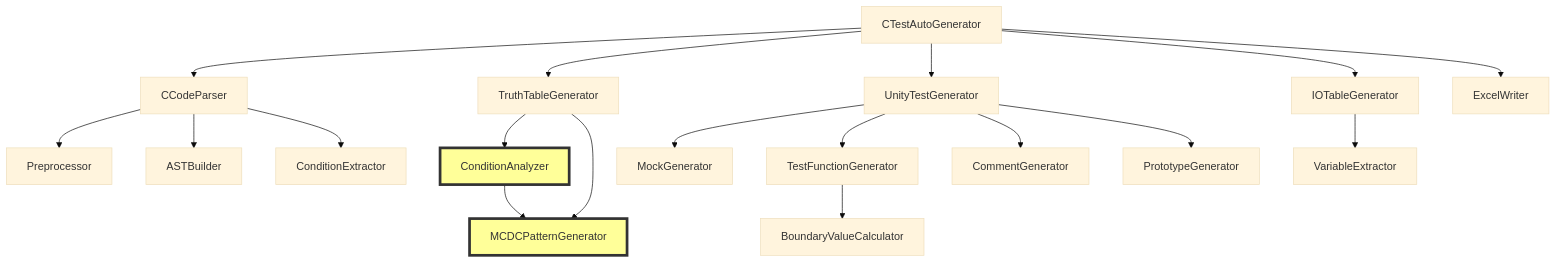
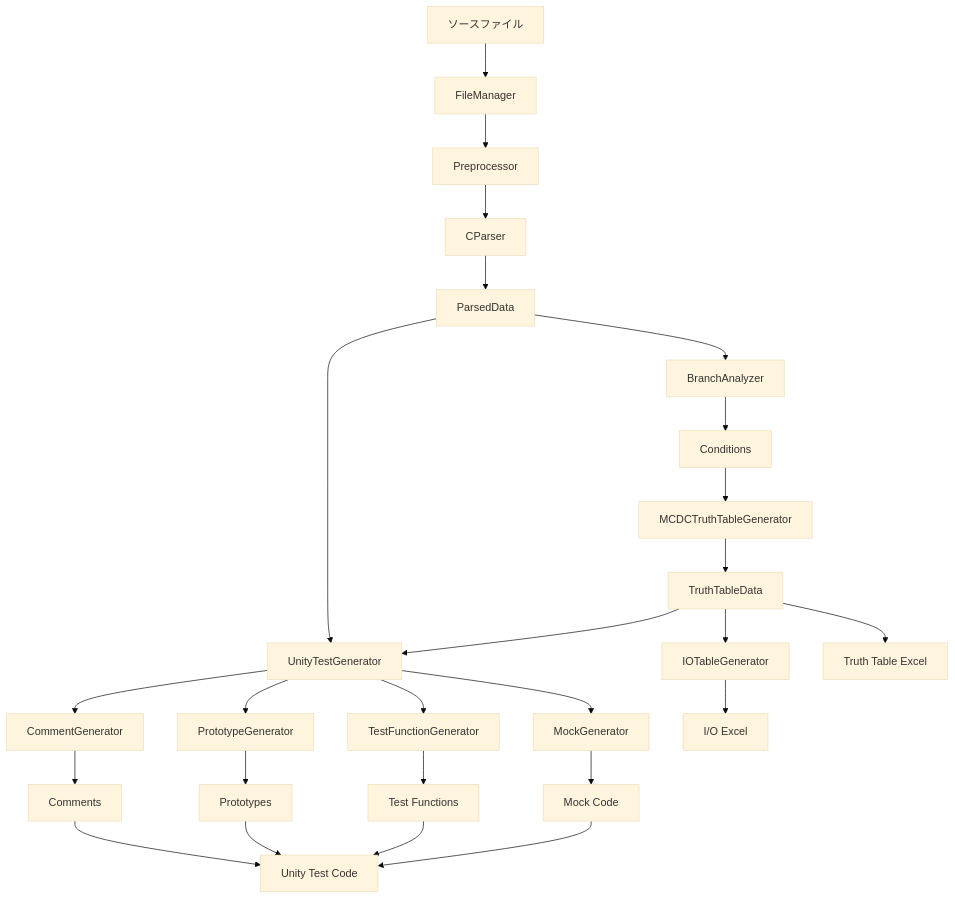
One commit to ryu5791/AutoUniTestGen changed the second of 2 diagrams in doc/design_class_diagram.md. Above: the diagram before and after it, drawn with Mermaid (base theme). The commit also changed other lines of this file and 4 other files, not shown here.

````diff
--- a/doc/design_class_diagram.md
+++ b/doc/design_class_diagram.md
@@ -462,29 +458,36 @@
 ```mermaid
-graph TD
-    A[CTestAutoGenerator] --> B[CCodeParser]
-    A --> C[TruthTableGenerator]
-    A --> D[UnityTestGenerator]
-    A --> E[IOTableGenerator]
-    A --> F[ExcelWriter]
+flowchart TD
+    A[ソースファイル] --> B[FileManager]
+    B --> C[Preprocessor]
+    C --> D[CParser]
+    D --> E[ParsedData]
     
-    B --> G[Preprocessor]
-    B --> H[ASTBuilder]
-    B --> I[ConditionExtractor]
+    E --> F[BranchAnalyzer]
+    F --> G[Conditions]
     
-    C --> J[ConditionAnalyzer]
-    C --> K[MCDCPatternGenerator]
+    G --> H[MCDCTruthTableGenerator]
+    H --> I[TruthTableData]
     
-    J --> K
+    I --> J[UnityTestGenerator]
+    E --> J
     
-    D --> L[MockGenerator]
-    D --> M[TestFunctionGenerator]
-    D --> N[CommentGenerator]
-    D --> O[PrototypeGenerator]
+    J --> K[MockGenerator]
+    J --> L[TestFunctionGenerator]
+    J --> M[PrototypeGenerator]
+    J --> N[CommentGenerator]
     
-    M --> P[BoundaryValueCalculator]
+    K --> O[Mock Code]
+    L --> P[Test Functions]
+    M --> Q[Prototypes]
+    N --> R[Comments]
     
-    E --> Q[VariableExtractor]
+    O --> S[Unity Test Code]
+    P --> S
+    Q --> S
+    R --> S
     
-    style K fill:#ff9,stroke:#333,stroke-width:4px
-    style J fill:#ff9,stroke:#333,stroke-width:4px
+    I --> T[IOTableGenerator]
+    T --> U[I/O Excel]
+    
+    I --> V[Truth Table Excel]
 ```
````
